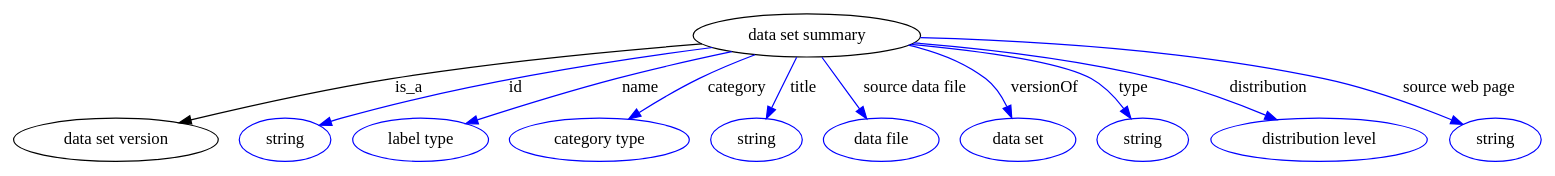
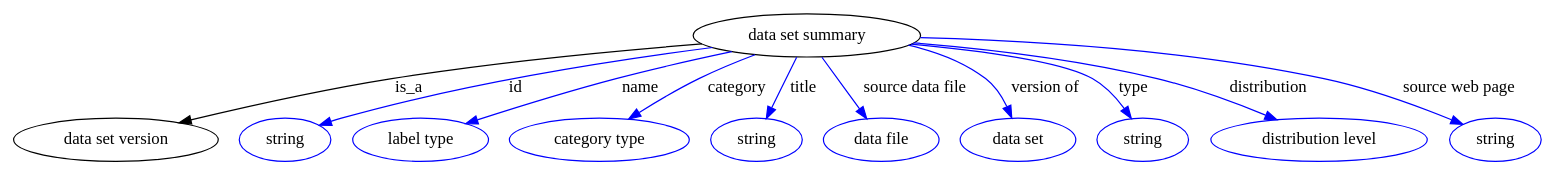
The diagram in graphviz/data_set_summary.gv (biolink/biolink-model), drawn with Graphviz before and after one commit. The commit also changed 52 other files, not shown here.

```diff
--- a/graphviz/data_set_summary.gv
+++ b/graphviz/data_set_summary.gv
@@ -1,104 +1,104 @@
 digraph {
 	graph [bb="0,0,1040.2,123"];
 	node [label="\N"];
 	"data set summary"	 [height=0.5,
 		label="data set summary",
 		pos="540.64,105",
 		width=2.0401];
 	"data set version"	 [height=0.5,
 		pos="65.644,18",
 		width=1.8234];
 	"data set summary" -> "data set version"	 [label=is_a,
 		lp="264.64,61.5",
 		pos="e,108.92,31.598 471.2,99.039 412.8,93.371 327.3,83.535 253.64,69 207.5,59.894 156.01,45.63 118.6,34.5"];
 	id	 [color=blue,
 		height=0.5,
 		label=string,
 		pos="179.64,18",
 		width=0.84854];
 	"data set summary" -> id	 [color=blue,
 		label=id,
 		lp="338.14,61.5",
 		pos="e,203.47,29.578 477,95.927 411.34,85.507 306.56,65.898 219.64,36 217.4,35.227 215.1,34.374 212.81,33.474",
 		style=solid];
 	name	 [color=blue,
 		height=0.5,
 		label="label type",
 		pos="273.64,18",
 		width=1.2638];
 	"data set summary" -> name	 [color=blue,
 		label=name,
 		lp="427.14,61.5",
 		pos="e,306,30.814 490.12,91.929 466.2,85.477 437.3,77.307 411.64,69 379.07,58.456 342.78,44.972 315.59,34.517",
 		style=solid];
 	category	 [color=blue,
 		height=0.5,
 		label="category type",
 		pos="395.64,18",
 		width=1.6249];
 	"data set summary" -> category	 [color=blue,
 		label=category,
 		lp="492.14,61.5",
 		pos="e,417.77,34.725 506.04,88.97 494,83.061 480.53,76.075 468.64,69 454.29,60.457 439.04,50.039 426.22,40.851",
 		style=solid];
 	title	 [color=blue,
 		height=0.5,
 		label=string,
 		pos="502.64,18",
 		width=0.84854];
 	"data set summary" -> title	 [color=blue,
 		label=title,
 		lp="535.64,61.5",
 		pos="e,510.38,35.706 532.77,86.974 527.49,74.878 520.43,58.726 514.48,45.093",
 		style=solid];
 	"source data file"	 [color=blue,
 		height=0.5,
 		label="data file",
 		pos="590.64,18",
 		width=1.1013];
 	"data set summary" -> "source data file"	 [color=blue,
 		label="source data file",
 		lp="610.64,61.5",
 		pos="e,580.47,35.706 551,86.974 558.02,74.761 567.42,58.412 575.3,44.697",
 		style=solid];
-	versionOf	 [color=blue,
+	"version of"	 [color=blue,
 		height=0.5,
 		label="data set",
 		pos="685.64,18",
 		width=1.0471];
-	"data set summary" -> versionOf	 [color=blue,
-		label=versionOf,
+	"data set summary" -> "version of"	 [color=blue,
+		label="version of",
 		lp="697.14,61.5",
 		pos="e,679.41,35.88 602.05,95.09 621.04,89.749 641.03,81.555 656.64,69 664.45,62.718 670.55,53.73 675.08,45.044",
 		style=solid];
 	type	 [color=blue,
 		height=0.5,
 		label=string,
 		pos="771.64,18",
 		width=0.84854];
 	"data set summary" -> type	 [color=blue,
 		label=type,
 		lp="759.64,61.5",
 		pos="e,761.45,35.37 606.69,97.101 652.27,90.764 708.21,80.965 728.64,69 739.2,62.817 748.37,53.05 755.5,43.711",
 		style=solid];
 	distribution	 [color=blue,
 		height=0.5,
 		label="distribution level",
 		pos="890.64,18",
 		width=1.9679];
 	"data set summary" -> distribution	 [color=blue,
 		label=distribution,
 		lp="847.14,61.5",
 		pos="e,859.77,34.392 610.33,99.219 657.66,94.11 721.28,84.912 775.64,69 801.39,61.465 828.9,49.421 850.56,38.928",
 		style=solid];
 	"source web page"	 [color=blue,
 		height=0.5,
 		label=string,
 		pos="1009.6,18",
 		width=0.84854];
 	"data set summary" -> "source web page"	 [color=blue,
 		label="source web page",
 		lp="974.14,61.5",
 		pos="e,986.46,29.779 613.6,102.67 683.46,99.197 791.42,90.536 882.64,69 916.07,61.11 952.23,45.872 977.39,34.099",
 		style=solid];
 }
```
